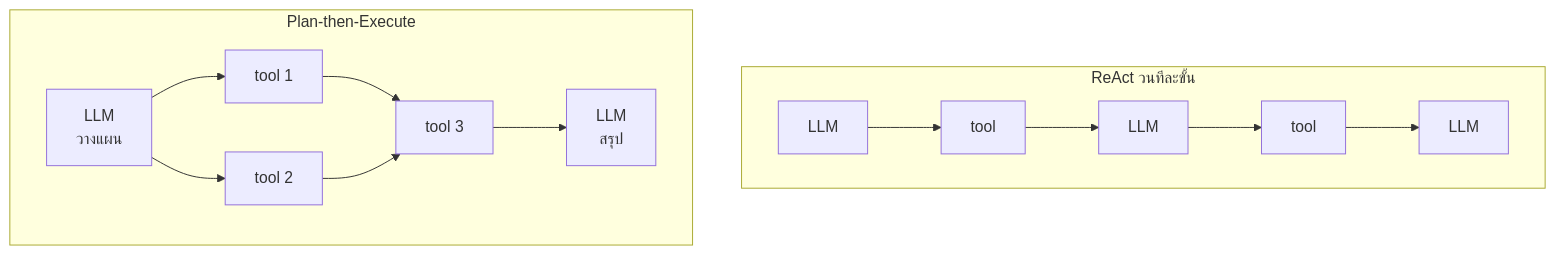
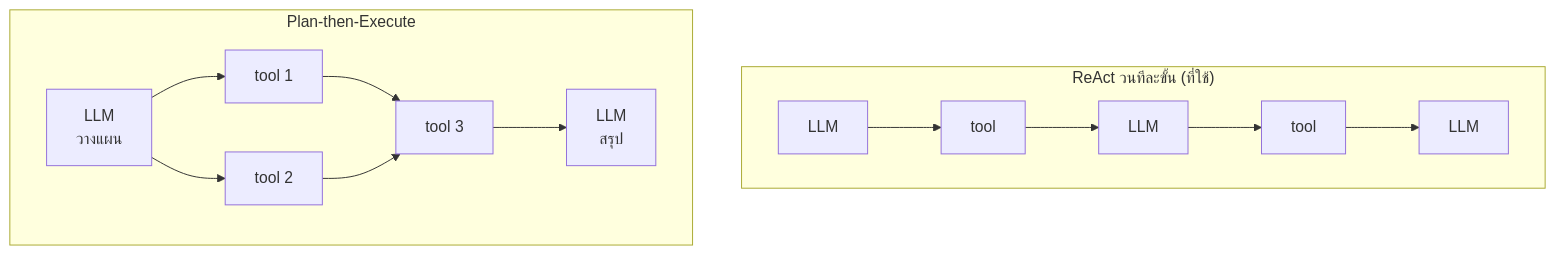
Before and after one commit to LLM-CE-KMITL/mcp-workshop: the third of 7 diagrams in INSTRUCTIONS/day2/01-module4-react-memory.md, drawn with Mermaid. The commit also changed other lines of this file and 38 other files, not shown here.

````diff
--- a/INSTRUCTIONS/day2/01-module4-react-memory.md
+++ b/INSTRUCTIONS/day2/01-module4-react-memory.md
@@ -64,15 +64,15 @@
 ```mermaid
 flowchart TB
-    subgraph RE["ReAct วนทีละขั้น"]
+    subgraph RE["ReAct วนทีละขั้น (ที่ใช้)"]
         direction LR
         R1["LLM"] --> R2["tool"] --> R3["LLM"] --> R4["tool"] --> R5["LLM"]
     end
     subgraph PE["Plan-then-Execute"]
         direction LR
         P1["LLM<br/>วางแผน"] --> P2["tool 1"]
         P1 --> P3["tool 2"]
         P2 --> P4["tool 3"]
         P3 --> P4
         P4 --> P5["LLM<br/>สรุป"]
     end
 ```
````
